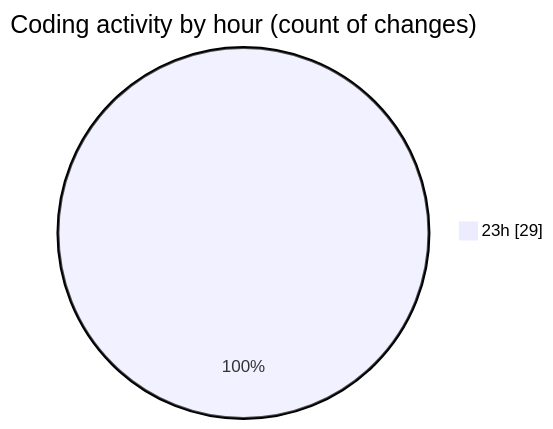
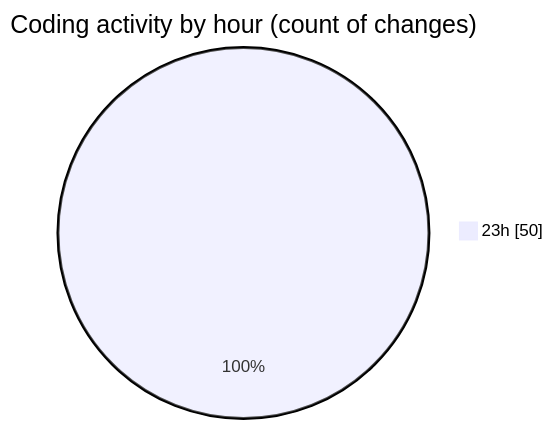
The second of 2 diagrams in 2026-05-23/java-avanc-e-et-uml/README.md (hasnaa123/code-tracking), drawn with Mermaid before and after one commit. The commit also changed other lines of this file and 1 other file, not shown here.

````diff
--- a/2026-05-23/java-avanc-e-et-uml/README.md
+++ b/2026-05-23/java-avanc-e-et-uml/README.md
@@ -29,5 +32,5 @@
 ```mermaid
 pie showData
 title Coding activity by hour (count of changes)
-"23h" : 29
+"23h" : 50
 ```
````
